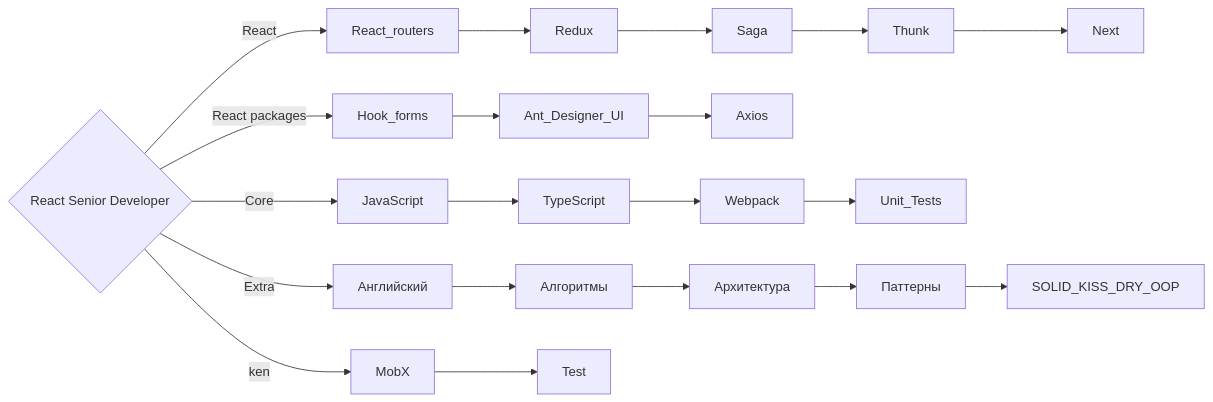
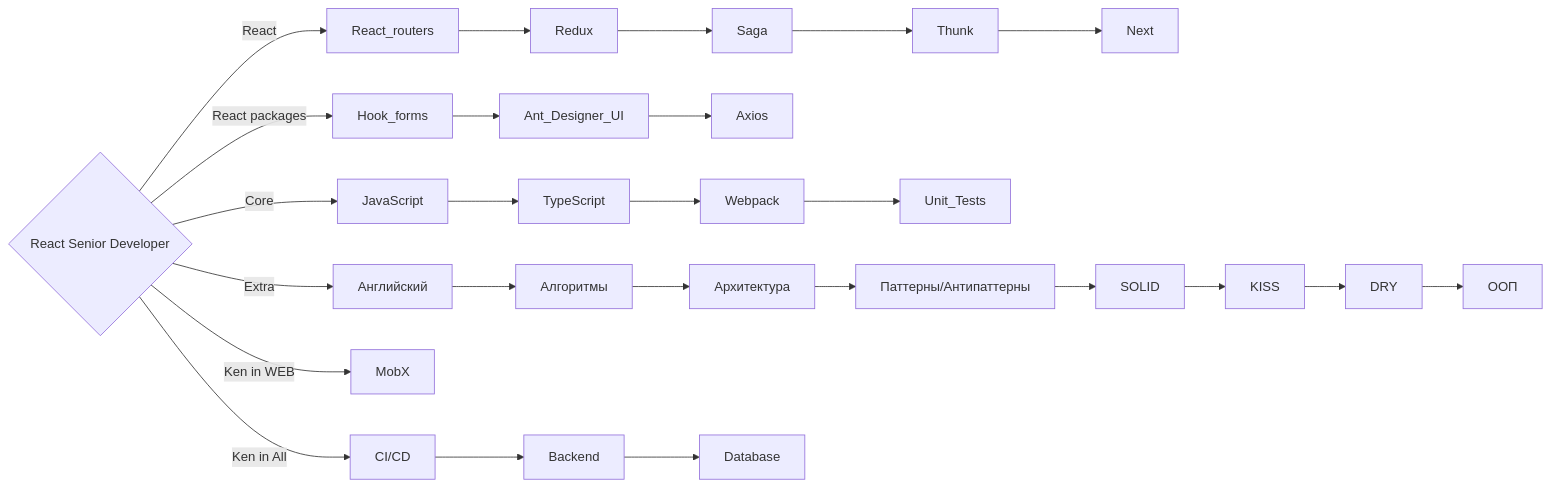
Before and after one commit to cossack-don/react-help: the diagram in README.md, drawn with Mermaid.

Commit message:
refactor: change diagram

````diff
--- a/README.md
+++ b/README.md
@@ -10,11 +10,12 @@
 ```mermaid
 
    flowchart LR
     
      C{React Senior Developer}
     C -->|React| D[React_routers] --> Redux --> Saga --> Thunk --> Next
     C -->|React packages| X[Hook_forms] --> Ant_Designer_UI --> Axios
     C -->|Core| E[JavaScript] --> TypeScript --> Webpack --> Unit_Tests
-    C -->|Extra| G[Английский] --> Алгоритмы --> Архитектура --> Паттерны --> SOLID_KISS_DRY_OOP
-    C -->|ken| W[MobX] --> Test
+    C -->|Extra| G[Английский] --> Алгоритмы --> Архитектура --> Паттерны/Антипаттерны --> SOLID --> KISS --> DRY --> ООП
+    C -->|Ken in WEB| W[MobX]
+    C -->|Ken in All| Z[CI/CD] --> Backend --> Database
 ```
````
